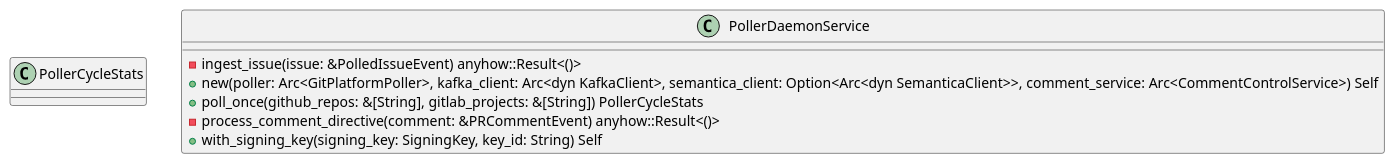
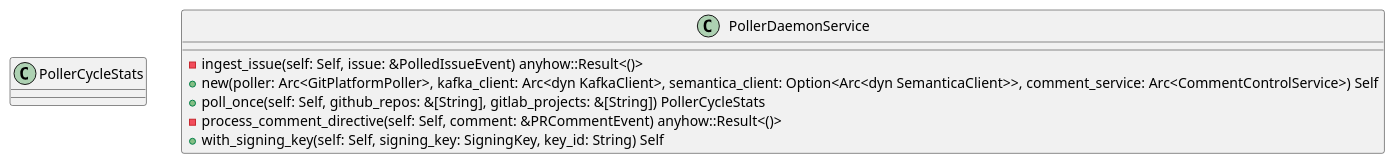
Before and after one commit to lgcorzo/rust_CACD_autonomous_factory: the first of 6 diagrams in openwiki/crates_factory_application_src_poller_service.md, drawn with PlantUML. The commit also changed other lines of this file and 95 other files, not shown here.

````diff
--- a/openwiki/crates_factory_application_src_poller_service.md
+++ b/openwiki/crates_factory_application_src_poller_service.md
@@ -167,14 +169,14 @@
 ```plantuml
 @startuml
 class PollerCycleStats {
 }
 class PollerDaemonService {
-    -ingest_issue(issue: &PolledIssueEvent) anyhow::Result<()>
+    -ingest_issue(self: Self, issue: &PolledIssueEvent) anyhow::Result<()>
     +new(poller: Arc<GitPlatformPoller>, kafka_client: Arc<dyn KafkaClient>, semantica_client: Option<Arc<dyn SemanticaClient>>, comment_service: Arc<CommentControlService>) Self
-    +poll_once(github_repos: &[String], gitlab_projects: &[String]) PollerCycleStats
-    -process_comment_directive(comment: &PRCommentEvent) anyhow::Result<()>
-    +with_signing_key(signing_key: SigningKey, key_id: String) Self
+    +poll_once(self: Self, github_repos: &[String], gitlab_projects: &[String]) PollerCycleStats
+    -process_comment_directive(self: Self, comment: &PRCommentEvent) anyhow::Result<()>
+    +with_signing_key(self: Self, signing_key: SigningKey, key_id: String) Self
 }
 @enduml
 
 ```
````
